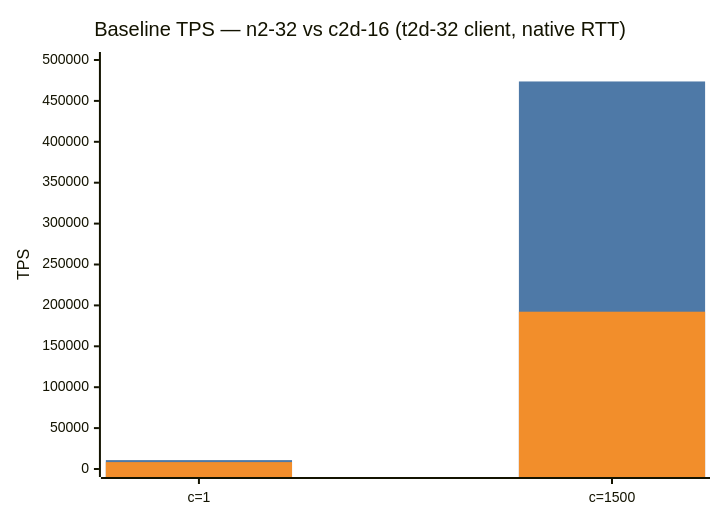
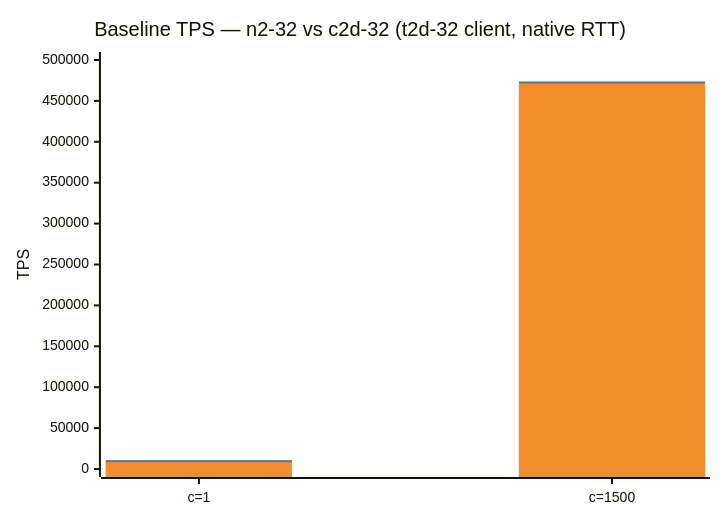
Diagram 51 of 54 in RESULTS.md (SpareCores/sc-db-benchmark-tmp), drawn with Mermaid before and after one commit. The commit also changed other lines of this file, not shown here.

````diff
--- a/RESULTS.md
+++ b/RESULTS.md
@@ -1954,14 +1978,14 @@
 ```mermaid
 ---
 config:
   themeVariables:
     xyChart:
       plotColorPalette: "#4e79a7, #f28e2b"
 ---
 xychart-beta
-    title "Baseline TPS — n2-32 vs c2d-16 (t2d-32 client, native RTT)"
+    title "Baseline TPS — n2-32 vs c2d-32 (t2d-32 client, native RTT)"
     x-axis [c=1, c=1500]
     y-axis "TPS" 0 --> 500000
-    bar "n2-32" [10867, 473759]
-    bar "c2d-16" [8439, 192286]
+    bar "n2-32" [10867, 473759 "n2-32"]
+    bar "c2d-32" [8349, 471308 "c2d-32"]
 ```
````
